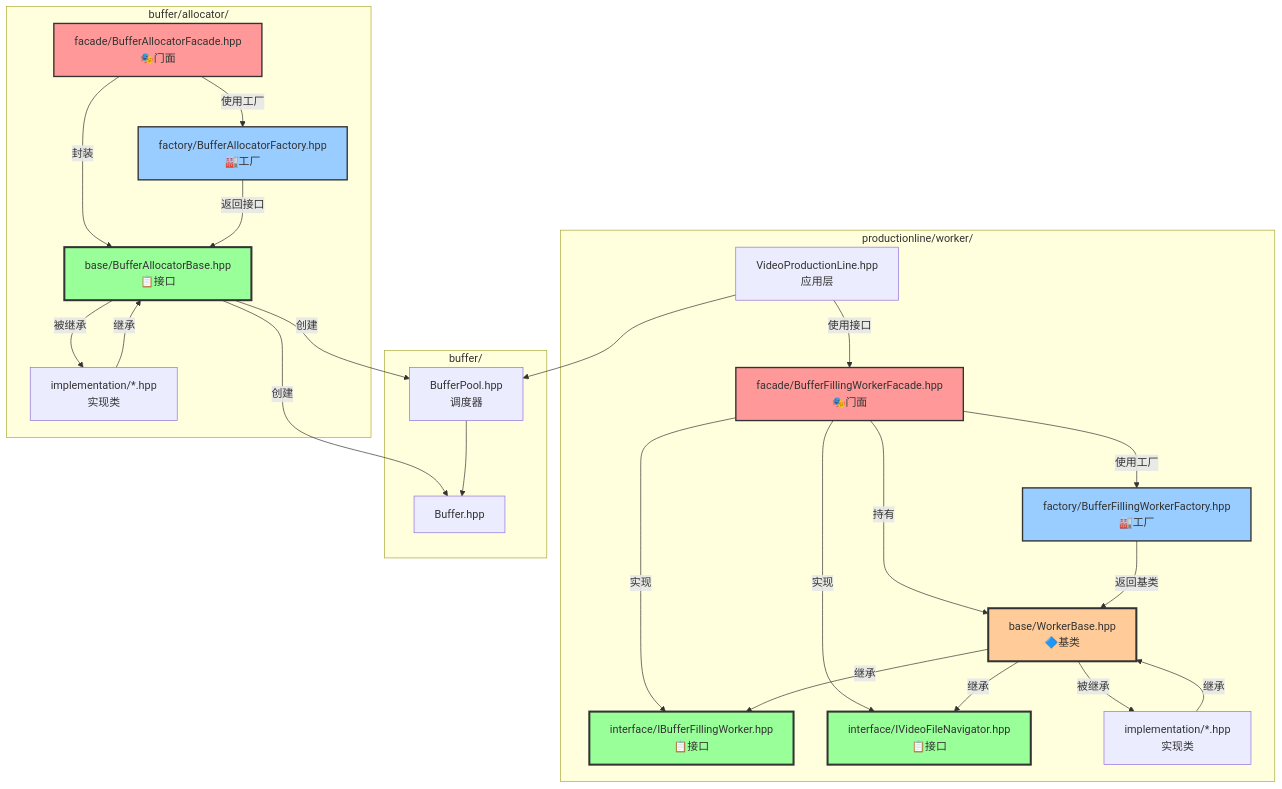
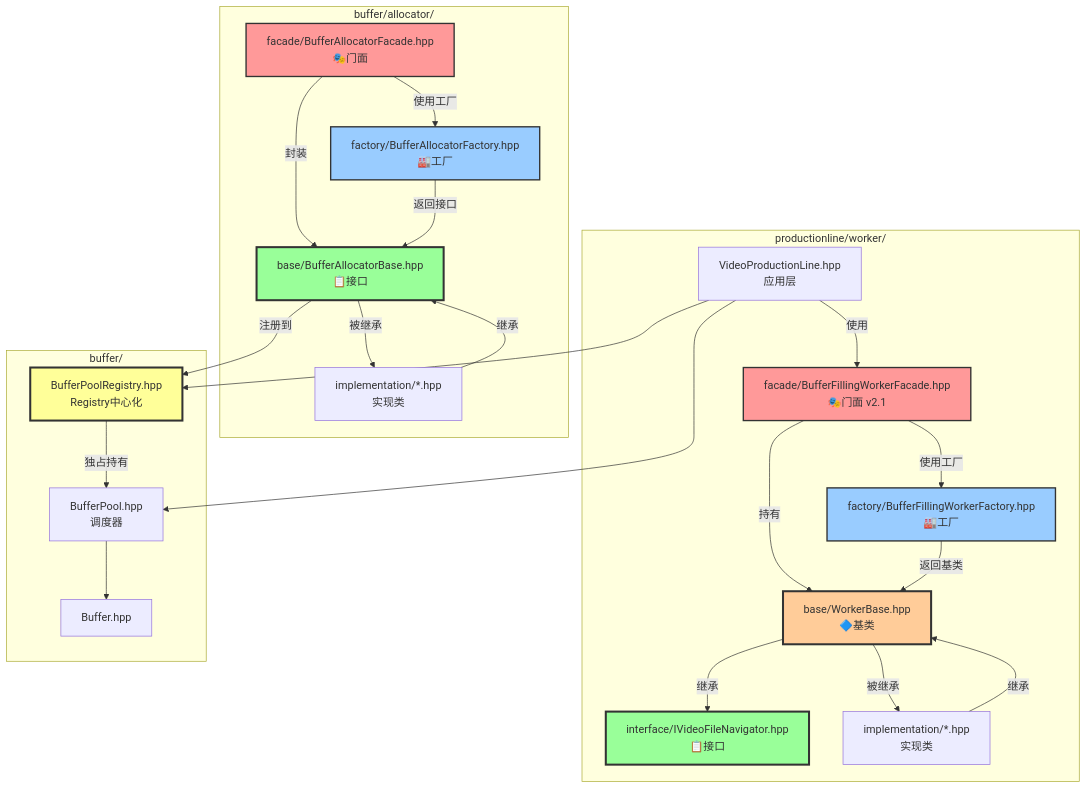
The fifth of 6 diagrams in ARCHITECTURE.md (luoxiafeng-1990/components), drawn with Mermaid before and after one commit. The commit also changed other lines of this file and 14 other files, not shown here.

````diff
--- a/ARCHITECTURE.md
+++ b/ARCHITECTURE.md
@@ -1055,55 +1047,53 @@
 ```mermaid
 graph TD
     subgraph "productionline/worker/"
         VPL[VideoProductionLine.hpp<br/>应用层]
-        BFW[facade/BufferFillingWorkerFacade.hpp<br/>🎭门面]
+        BFW[facade/BufferFillingWorkerFacade.hpp<br/>🎭门面 v2.1]
         BFWFactory[factory/BufferFillingWorkerFactory.hpp<br/>🏭工厂]
-        IBFW[interface/IBufferFillingWorker.hpp<br/>📋接口]
         IVFN[interface/IVideoFileNavigator.hpp<br/>📋接口]
         WB[base/WorkerBase.hpp<br/>🔷基类]
         WorkerImpl[implementation/*.hpp<br/>实现类]
     end
     
     subgraph "buffer/allocator/"
         BAF[facade/BufferAllocatorFacade.hpp<br/>🎭门面]
         BAFactory[factory/BufferAllocatorFactory.hpp<br/>🏭工厂]
         BAB[base/BufferAllocatorBase.hpp<br/>📋接口]
         AllocatorImpl[implementation/*.hpp<br/>实现类]
     end
     
     subgraph "buffer/"
         BP[BufferPool.hpp<br/>调度器]
+        BPR[BufferPoolRegistry.hpp<br/>Registry中心化]
         B[Buffer.hpp]
     end
     
-    VPL -->|使用接口| BFW
+    VPL -->|使用| BFW
     VPL --> BP
-    BFW -->|实现| IBFW
-    BFW -->|实现| IVFN
+    VPL --> BPR
     BFW -->|持有| WB
     BFW -->|使用工厂| BFWFactory
     BFWFactory -->|返回基类| WB
-    WB -->|继承| IBFW
     WB -->|继承| IVFN
     WB -->|被继承| WorkerImpl
     WorkerImpl -->|继承| WB
     
     BAF -->|封装| BAB
     BAF -->|使用工厂| BAFactory
     BAFactory -->|返回接口| BAB
     BAB -->|被继承| AllocatorImpl
     AllocatorImpl -->|继承| BAB
     
-    BAB -->|创建| BP
-    BAB -->|创建| B
+    BAB -->|注册到| BPR
+    BPR -->|独占持有| BP
     BP --> B
     
-    style IBFW fill:#99ff99,stroke:#333,stroke-width:3px
     style IVFN fill:#99ff99,stroke:#333,stroke-width:3px
     style BAB fill:#99ff99,stroke:#333,stroke-width:3px
     style WB fill:#ffcc99,stroke:#333,stroke-width:3px
     style BFW fill:#ff9999,stroke:#333,stroke-width:2px
     style BAF fill:#ff9999,stroke:#333,stroke-width:2px
     style BFWFactory fill:#99ccff,stroke:#333,stroke-width:2px
     style BAFactory fill:#99ccff,stroke:#333,stroke-width:2px
+    style BPR fill:#ffff99,stroke:#333,stroke-width:3px
 ```
````
